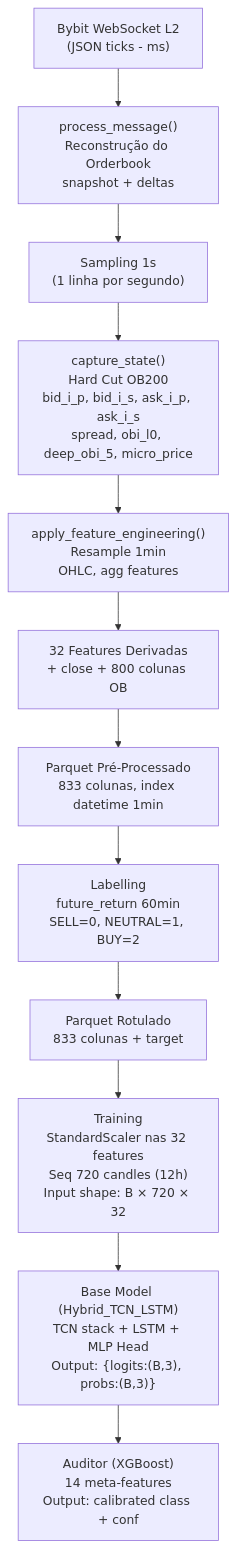
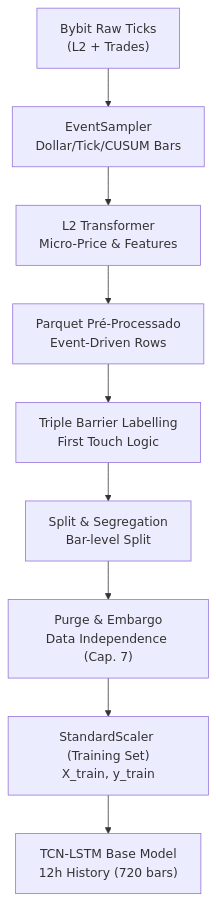
One commit to atilioebg/QuantGod_Cloud_TCNLSTM changed the diagram in docs/7_DATA_REFERENCE.md. Above: the diagram before and after it, drawn with Mermaid. The commit also changed other lines of this file and 11 other files, not shown here.

Commit message:
feat: implement AFML v9.5 SOTA (Adaptive CUSUM, First Touch Rule, Purged K-Fold with Embargo) and sync documentation

````diff
--- a/docs/7_DATA_REFERENCE.md
+++ b/docs/7_DATA_REFERENCE.md
@@ -439,14 +421,11 @@
 ```mermaid
 graph TD
-    A["Bybit WebSocket L2\n(JSON ticks - ms)"] --> B["process_message()\nReconstrução do Orderbook\nsnapshot + deltas"]
-    B --> C["Sampling 1s\n(1 linha por segundo)"]
-    C --> D["capture_state()\nHard Cut OB200\nbid_i_p, bid_i_s, ask_i_p, ask_i_s\nspread, obi_l0, deep_obi_5, micro_price"]
-    D --> E["apply_feature_engineering()\nResample 1min\nOHLC, agg features"]
-    E --> F["32 Features Derivadas\n+ close + 800 colunas OB"]
-    F --> G["Parquet Pré-Processado\n833 colunas, index datetime 1min"]
-    G --> H["Labelling\nfuture_return 60min\nSELL=0, NEUTRAL=1, BUY=2"]
-    H --> I["Parquet Rotulado\n833 colunas + target"]
-    I --> J["Training\nStandardScaler nas 32 features\nSeq 720 candles (12h)\nInput shape: B × 720 × 32"]
-    J --> K["Base Model (Hybrid_TCN_LSTM)\nTCN stack + LSTM + MLP Head\nOutput: {logits:(B,3), probs:(B,3)}"]
-    K --> L["Auditor (XGBoost)\n14 meta-features\nOutput: calibrated class + conf"]
+    A["Bybit Raw Ticks\n(L2 + Trades)"] --> B["EventSampler\nDollar/Tick/CUSUM Bars"]
+    B --> C["L2 Transformer\nMicro-Price & Features"]
+    C --> D["Parquet Pré-Processado\nEvent-Driven Rows"]
+    D --> E["Triple Barrier Labelling\nFirst Touch Logic"]
+    E --> F["Split & Segregation\nBar-level Split"]
+    F --> G["Purge & Embargo\nData Independence (Cap. 7)"]
+    G --> H["StandardScaler (Training Set)\nX_train, y_train"]
+    H --> I["TCN-LSTM Base Model\n12h History (720 bars)"]
 ```
````
